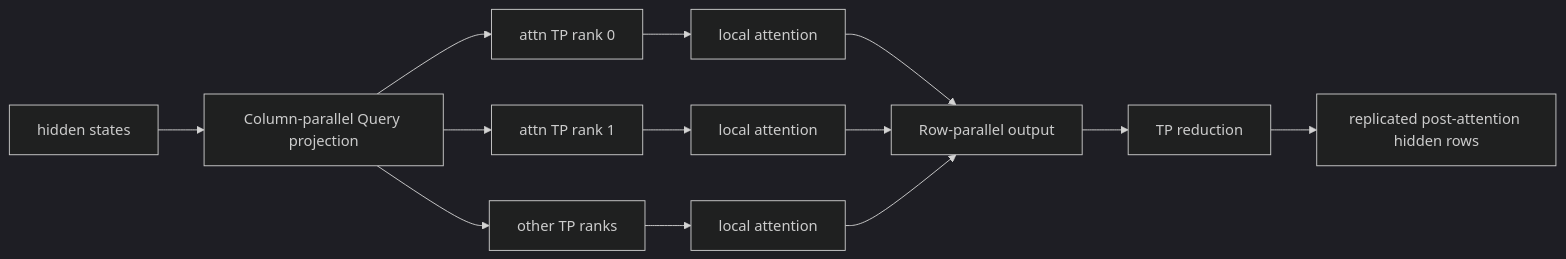
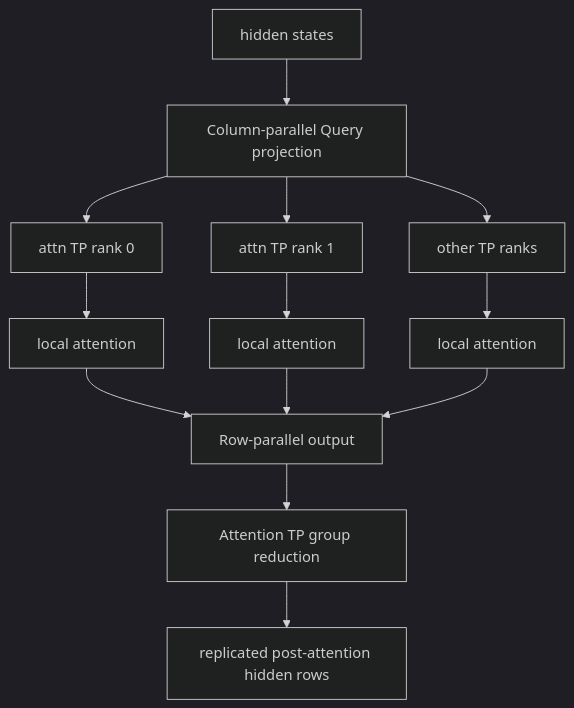
One commit to AkiYangDev/llm-inference-notes changed the second of 4 diagrams in docs/sglang/deepseek-v4-distributed-parallel-source-analysis.md. Above: the diagram before and after it, drawn with Mermaid (dark theme). The commit also changed other lines of this file and 28 other files, not shown here.

```diff
--- a/docs/sglang/deepseek-v4-distributed-parallel-source-analysis.md
+++ b/docs/sglang/deepseek-v4-distributed-parallel-source-analysis.md
@@ -186,15 +196,15 @@
 ~~~mermaid
-flowchart LR
+flowchart TD
     X[hidden states] --> C[Column-parallel Query projection]
     C --> T0[attn TP rank 0]
     C --> T1[attn TP rank 1]
     C --> TN[other TP ranks]
     T0 --> A0[local attention]
     T1 --> A1[local attention]
     TN --> AN[local attention]
     A0 --> R[Row-parallel output]
     A1 --> R
     AN --> R
-    R --> RED[TP reduction]
+    R --> RED[Attention TP group reduction]
     RED --> Y[replicated post-attention hidden rows]
 ~~~
```
